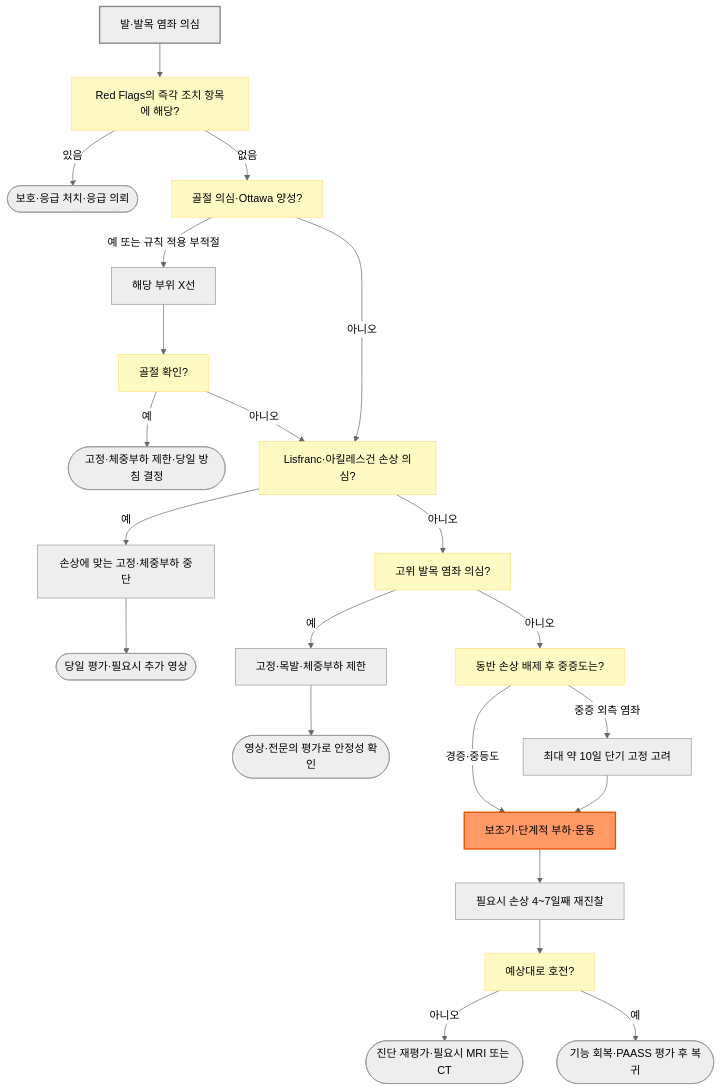
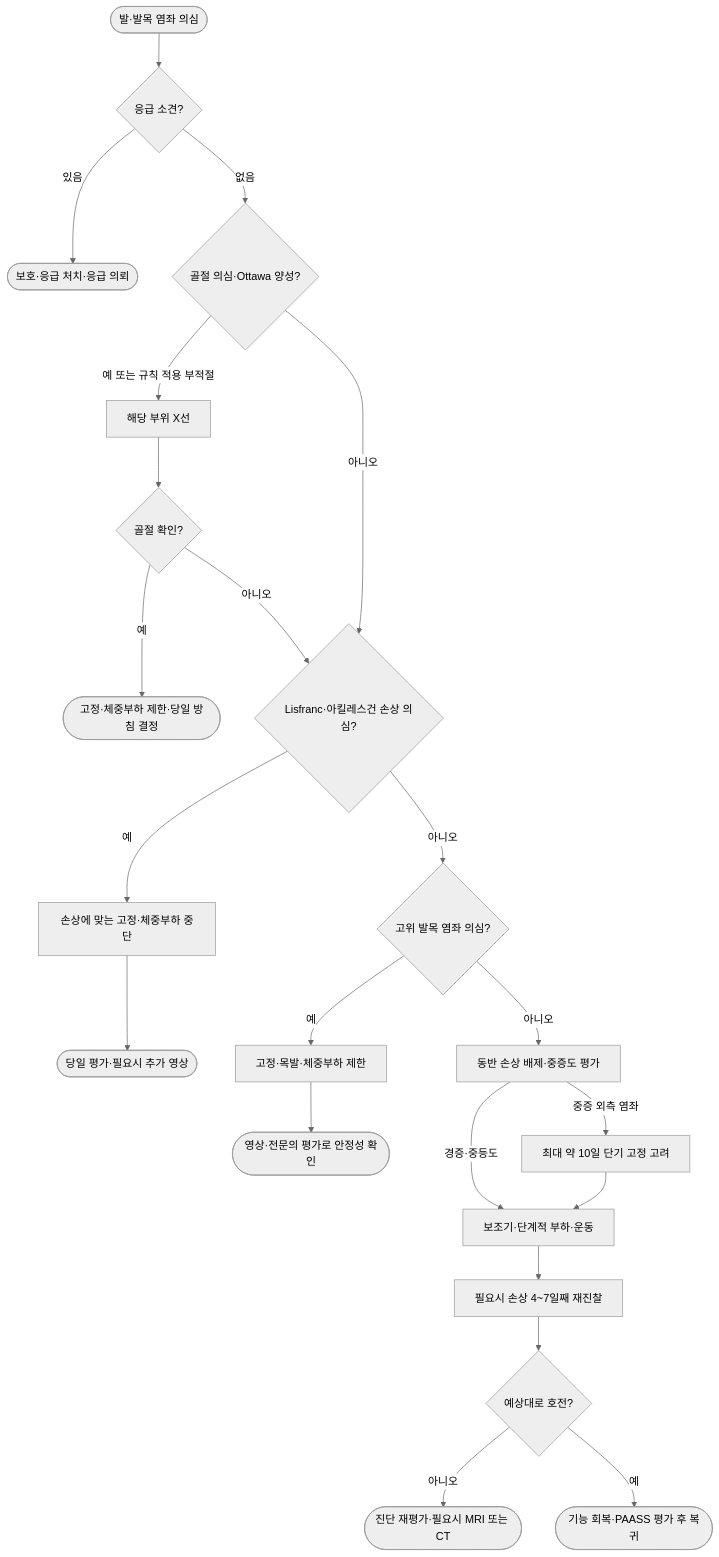
One commit to familyoh77/familyoh77 changed the diagram in 228_/147_-foot-and-ankle-sprain.md. Above: the diagram before and after it, drawn with Mermaid (neutral theme). The commit also changed other lines of this file and 9 other files, not shown here.

````diff
--- a/228_/147_-foot-and-ankle-sprain.md
+++ b/228_/147_-foot-and-ankle-sprain.md
@@ -170,29 +172,24 @@
 ```mermaid
 flowchart TD
-    S["발·발목 염좌 의심"] --> E["Red Flags의 즉각 조치 항목에 해당?"]
+    S(["발·발목 염좌 의심"]) --> E{"응급 소견?"}
     E -- "있음" --> ER(["보호·응급 처치·응급 의뢰"])
-    E -- "없음" --> R["골절 의심·Ottawa 양성?"]
+    E -- "없음" --> R{"골절 의심·Ottawa 양성?"}
     R -- "예 또는 규칙 적용 부적절" --> XR["해당 부위 X선"]
-    XR --> F["골절 확인?"]
+    XR --> F{"골절 확인?"}
     F -- "예" --> FX(["고정·체중부하 제한·당일 방침 결정"])
-    F -- "아니오" --> A["Lisfranc·아킬레스건 손상 의심?"]
+    F -- "아니오" --> A{"Lisfranc·아킬레스건 손상 의심?"}
     R -- "아니오" --> A
     A -- "예" --> P["손상에 맞는 고정·체중부하 중단"]
     P --> D(["당일 평가·필요시 추가 영상"])
-    A -- "아니오" --> H["고위 발목 염좌 의심?"]
+    A -- "아니오" --> H{"고위 발목 염좌 의심?"}
     H -- "예" --> HP["고정·목발·체중부하 제한"]
     HP --> HS(["영상·전문의 평가로 안정성 확인"])
-    H -- "아니오" --> G["동반 손상 배제 후 중증도는?"]
+    H -- "아니오" --> G["동반 손상 배제·중증도 평가"]
     G -- "경증·중등도" --> T["보조기·단계적 부하·운동"]
     G -- "중증 외측 염좌" --> IM["최대 약 10일 단기 고정 고려"]
     IM --> T
     T --> FU["필요시 손상 4~7일째 재진찰"]
-    FU --> W["예상대로 호전?"]
+    FU --> W{"예상대로 호전?"}
     W -- "아니오" --> RE(["진단 재평가·필요시 MRI 또는 CT"])
     W -- "예" --> RT(["기능 회복·PAASS 평가 후 복귀"])
-
-    classDef question fill:#fff9c4,stroke:#ffe082
-    class E,R,F,A,H,G,W question
-    style S fill:#eeeeee,stroke:#888888,stroke-width:2px
-    style T fill:#f96,stroke:#e65100,stroke-width:2px
 ```
````
